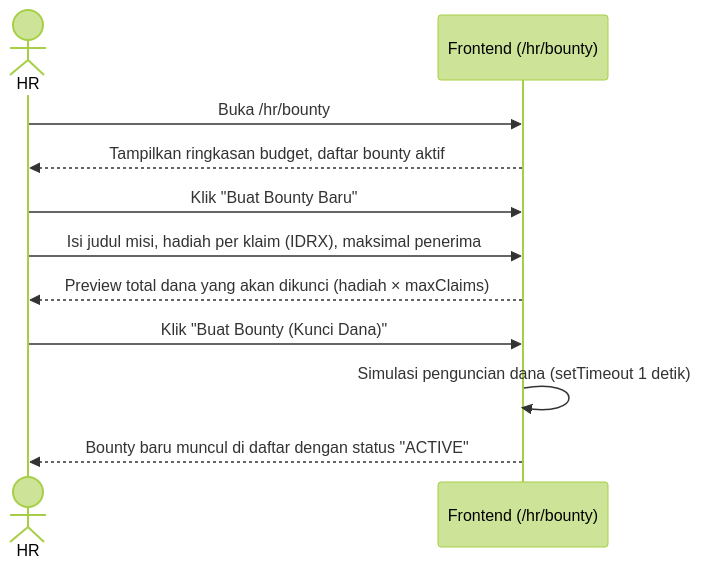
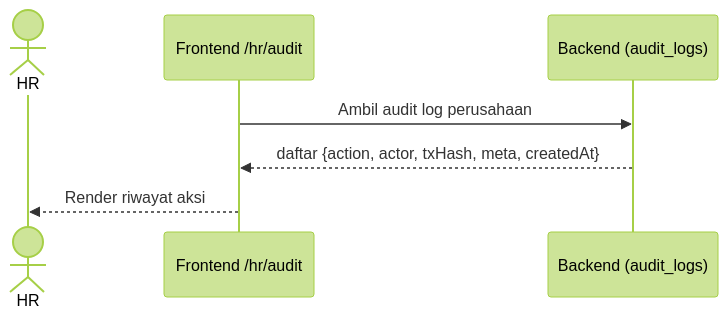
Before and after one commit to skripsi-payroll-dapp/docs: diagram 16 of 44 in docs/DPPL.md, drawn with Mermaid (forest theme). The commit also changed other lines of this file and 4 other files, not shown here.

````diff
--- a/docs/DPPL.md
+++ b/docs/DPPL.md
@@ -1001,14 +790,9 @@
 ```mermaid
 sequenceDiagram
     actor HR
-    participant FE as Frontend (/hr/bounty)
-
-    HR->>FE: Buka /hr/bounty
-    FE-->>HR: Tampilkan ringkasan budget, daftar bounty aktif
-    HR->>FE: Klik "Buat Bounty Baru"
-    HR->>FE: Isi judul misi, hadiah per klaim (IDRX), maksimal penerima
-    FE-->>HR: Preview total dana yang akan dikunci (hadiah × maxClaims)
-    HR->>FE: Klik "Buat Bounty (Kunci Dana)"
-    FE->>FE: Simulasi penguncian dana (setTimeout 1 detik)
-    FE-->>HR: Bounty baru muncul di daftar dengan status "ACTIVE"
+    participant FE as Frontend /hr/audit
+    participant BE as Backend (audit_logs)
+    FE->>BE: Ambil audit log perusahaan
+    BE-->>FE: daftar {action, actor, txHash, meta, createdAt}
+    FE-->>HR: Render riwayat aksi
 ```
````
